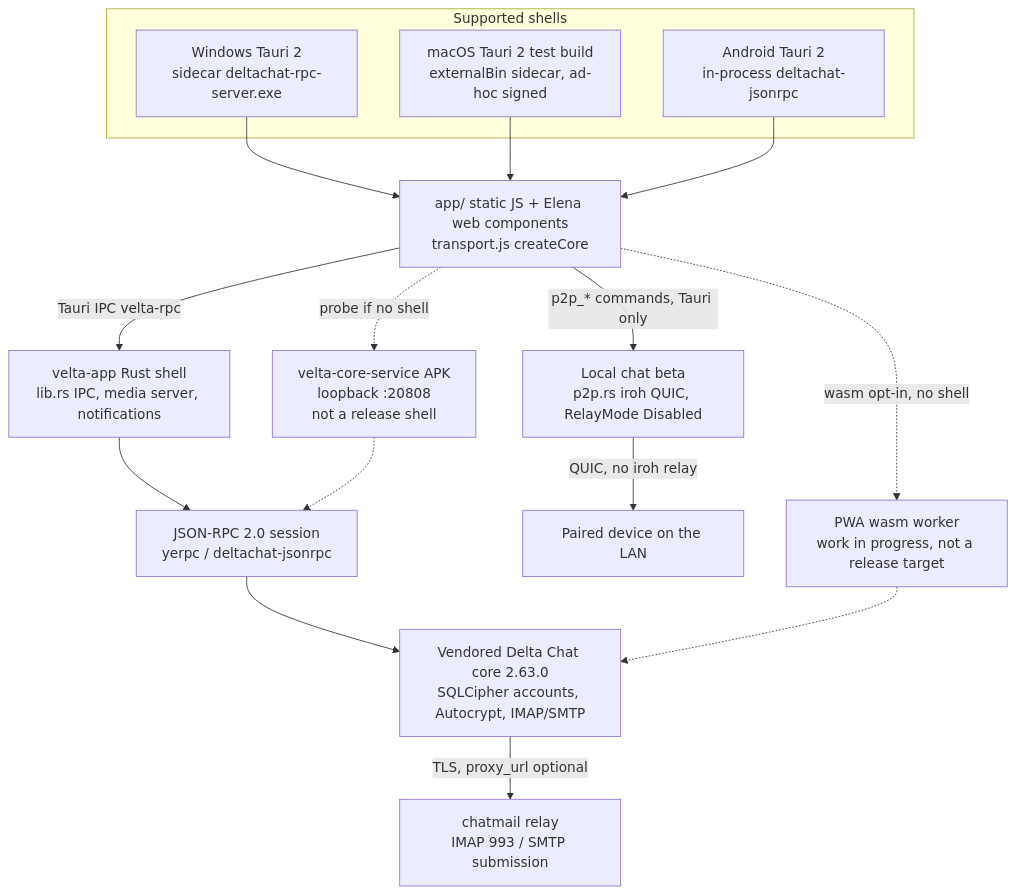
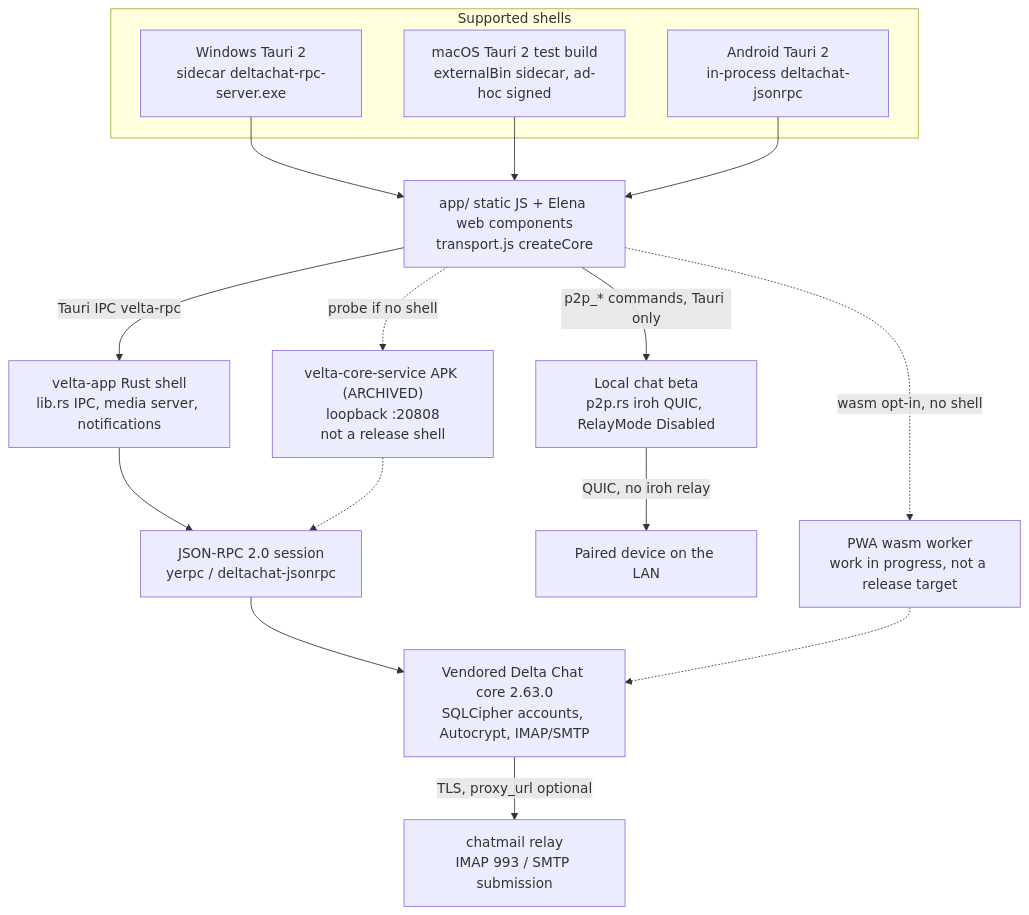
The first of 3 diagrams in docs/as-built-architecture.md (pbuzdin/velta), drawn with Mermaid before and after one commit. The commit also changed other lines of this file and 26 other files, not shown here.

First line of the commit message:
chore: archive velta-core-service (unmaintained, core 2.62); drop its CI

````diff
--- a/docs/as-built-architecture.md
+++ b/docs/as-built-architecture.md
@@ -71,33 +71,33 @@
 ```mermaid
 flowchart TB
   subgraph shells [Supported shells]
     Win["Windows Tauri 2<br/>sidecar deltachat-rpc-server.exe"]
     Mac["macOS Tauri 2 test build<br/>externalBin sidecar, ad-hoc signed"]
     And["Android Tauri 2<br/>in-process deltachat-jsonrpc"]
   end
 
   UI["app/ static JS + Elena web components<br/>transport.js createCore"]
   ShellRust["velta-app Rust shell<br/>lib.rs IPC, media server, notifications"]
   Rpc["JSON-RPC 2.0 session<br/>yerpc / deltachat-jsonrpc"]
   DC["Vendored Delta Chat core 2.63.0<br/>SQLCipher accounts, Autocrypt, IMAP/SMTP"]
   Relay["chatmail relay<br/>IMAP 993 / SMTP submission"]
   Local["Local chat beta<br/>p2p.rs iroh QUIC, RelayMode Disabled"]
   Peer["Paired device on the LAN"]
 
   Win --> UI
   Mac --> UI
   And --> UI
   UI -->|"Tauri IPC velta-rpc"| ShellRust
   ShellRust --> Rpc
   Rpc --> DC
   DC -->|"TLS, proxy_url optional"| Relay
   UI -->|"p2p_* commands, Tauri only"| Local
   Local -->|"QUIC, no iroh relay"| Peer
 
-  Svc["velta-core-service APK<br/>loopback :20808<br/>not a release shell"]
+  Svc["velta-core-service APK (ARCHIVED)<br/>loopback :20808<br/>not a release shell"]
   Wasm["PWA wasm worker<br/>work in progress, not a release target"]
   UI -.->|"probe if no shell"| Svc
   UI -.->|"wasm opt-in, no shell"| Wasm
   Svc -.-> Rpc
   Wasm -.-> DC
 ```
````
